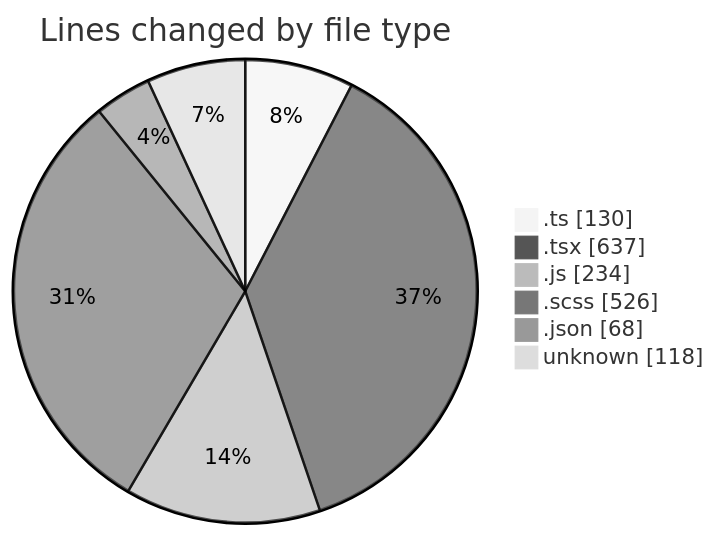
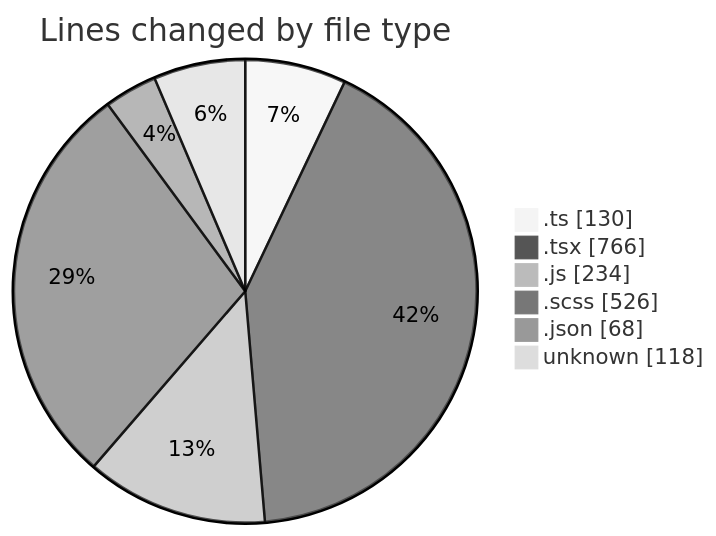
One commit to momahboobian/code-tracking changed the first of 2 diagrams in 2026-05-08/cda/README.md. Above: the diagram before and after it, drawn with Mermaid (neutral theme). The commit also changed other lines of this file and 1 other file, not shown here.

````diff
--- a/2026-05-08/cda/README.md
+++ b/2026-05-08/cda/README.md
@@ -38,10 +38,10 @@
 ```mermaid
 pie showData
 title Lines changed by file type
 ".ts" : 130
-".tsx" : 637
+".tsx" : 766
 ".js" : 234
 ".scss" : 526
 ".json" : 68
 "unknown" : 118
 ```
````
